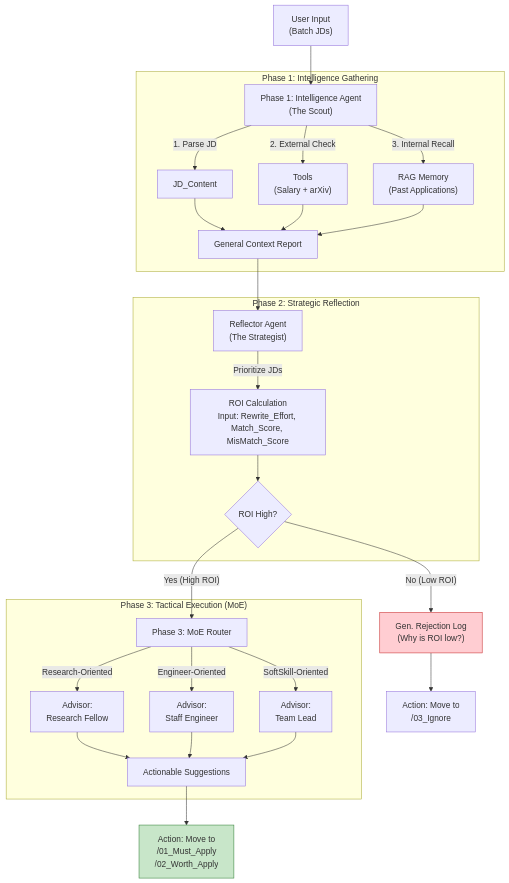
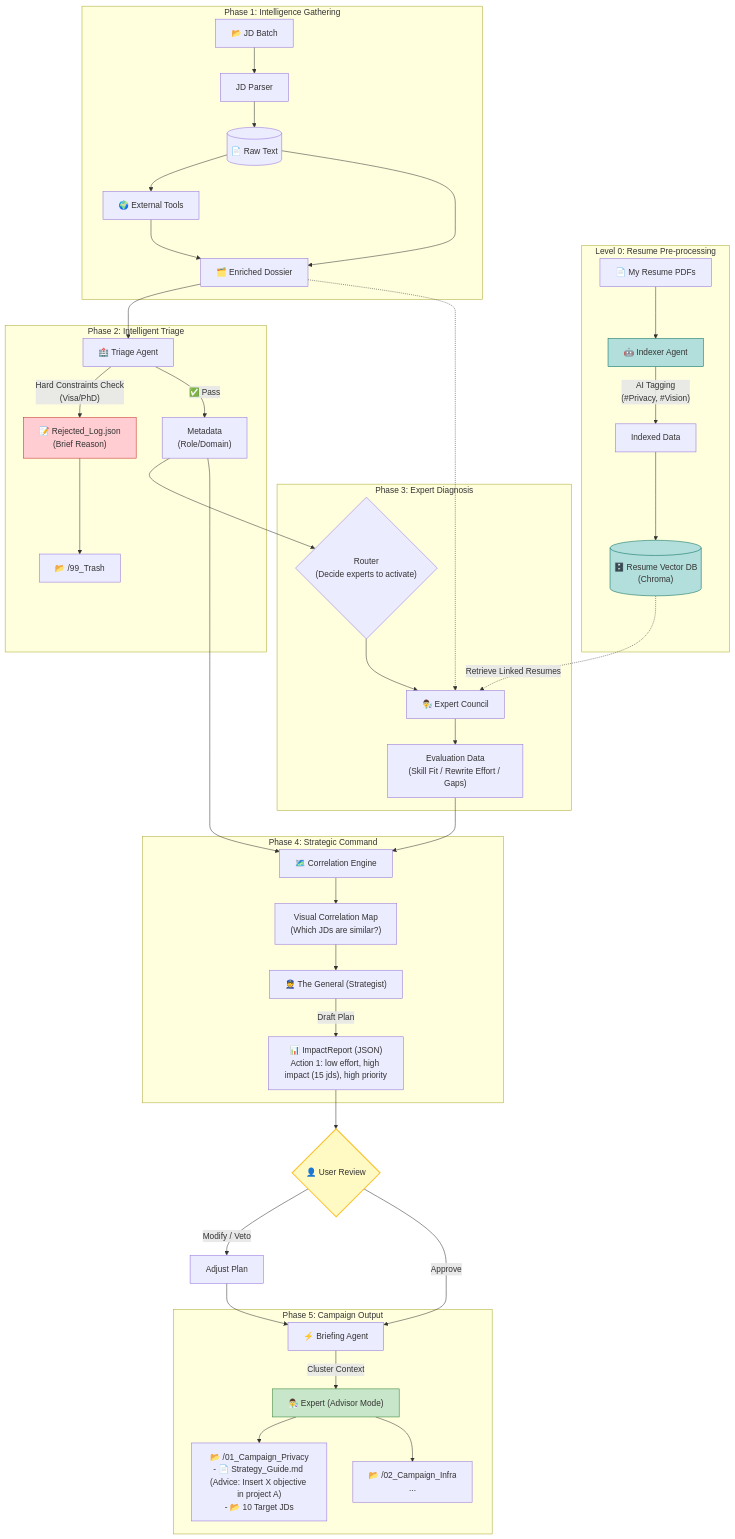
One commit to WangWeiCheng-TJ/Agentic-Career-Orchestrator changed the diagram in README.md. Above: the diagram before and after it, drawn with Mermaid. The commit also changed other lines of this file and 1 other file, not shown here.

Commit message:
update: revise README to reflect project status change to V2.1, enhance motivation section for clarity, and detail system evolution to a decentralized Multi-Agent Architecture for improved job hunting strategy

````diff
--- a/README.md
+++ b/README.md
@@ -61,42 +55,92 @@
 ```mermaid
 graph TD
-    User["User Input<br/>(Batch JDs)"] --> Scouter["Phase 1: Intelligence Agent<br/>(The Scout)"]
-
-    %% Phase 1: 盡職調查 (先查再說)
+   %% ==========================================
+    %% LEVEL 0: 履歷軍火庫 (The Arsenal)
+    %% 這是獨立運作的預處理流程
+    %% ==========================================
+    subgraph "Level 0: Resume Pre-processing"
+        ResPDFs["📄 My Resume PDFs"] --> Indexer["🤖 Indexer Agent"]
+        
+        Indexer -->|"AI Tagging<br/>(#Privacy, #Vision)"| DB_Entry["Indexed Data"]
+        DB_Entry --> ResumeDB[("🗄️ Resume Vector DB<br/>(Chroma)")]
+    end
+    
+    %% ==========================================
+    %% Phase 1: 戰場情報 (Intelligence)
+    %% ==========================================
     subgraph "Phase 1: Intelligence Gathering"
-        Scouter -->|"1. Parse JD"| JD_Content
-        Scouter -->|"2. External Check"| Tools["Tools<br/>(Salary + arXiv)"]
-        Scouter -->|"3. Internal Recall"| RAG["RAG Memory<br/>(Past Applications)"]
+        JDs["📂 JD Batch"] --> Parser["JD Parser"]
+        Parser --> RawText[("📄 Raw Text")]
+        RawText --> Tools["🌍 External Tools"]
         
-        JD_Content & Tools & RAG --> Context["General Context Report"]
+        RawText & Tools --> Dossier["🗂️ Enriched Dossier"]
     end
 
-    %% Phase 2: 反思與 ROI (大腦核心)
-    subgraph "Phase 2: Strategic Reflection"
-        Context --> Reflector["Reflector Agent<br/>(The Strategist)"]
-        Reflector -->|"Prioritize JDs"| Logic["ROI Calculation<br>Input: Rewrite_Effort, Match_Score, MisMatch_Score"]
+    %% ==========================================
+    %% Phase 2: 檢傷分類 (Triage)
+    %% ==========================================
+    subgraph "Phase 2: Intelligent Triage"
+        Dossier --> Triage["🏥 Triage Agent"]
         
-        Logic --> Decision{ROI High?}
+        Triage -- "Hard Constraints Check<br/>(Visa/PhD)" --> RejectLog["📝 Rejected_Log.json<br/>(Brief Reason)"]
+        RejectLog --> Bin["📂 /99_Trash"]
+        
+        Triage -- "✅ Pass" --> Metadata["Metadata<br/>(Role/Domain)"]
     end
 
-    %% 分流：低分 -> 解釋原因 -> 歸檔
-    Decision -- "No (Low ROI)" --> LogReject["Gen. Rejection Log<br/>(Why is ROI low?)"]
-    LogReject --> FolderLow["Action: Move to<br/>/03_Ignore"]
-
-    %% 分流：高分 -> MoE 改寫 -> 歸檔
-    Decision -- "Yes (High ROI)" --> MoE_Router["Phase 3: MoE Router"]
-
-    %% Phase 3: 執行改寫 (只針對值得的 JD)
-    subgraph "Phase 3: Tactical Execution (MoE)"
-        MoE_Router -->|"Research-Oriented"| Exp_Res["Advisor:<br>Research Fellow"]
-        MoE_Router -->|"Engineer-Oriented"| Exp_Eng["Advisor:<br>Staff Engineer"]
-        MoE_Router -->|"SoftSkill-Oriented"| Exp_Soft["Advisor:<br>Team Lead"]
+    %% ==========================================
+    %% Phase 3: 專家診斷 (Diagnosis)
+    %% ==========================================
+    subgraph "Phase 3: Expert Diagnosis"
+        Metadata --> Router{"Router<br/>(Decide experts to activate)"}
         
-        Exp_Res & Exp_Eng & Exp_Soft --> Assembler["Actionable Suggestions"]
+        Router --> ExpertLayer["👨‍🔬 Expert Council"]
+        
+        %% 連線：專家同時參考 完整檔案 + 履歷庫
+        Dossier -.-> ExpertLayer
+        ResumeDB -.->|"Retrieve Linked Resumes"| ExpertLayer
+        
+        ExpertLayer --> Eval["Evaluation Data<br/>(Skill Fit / Rewrite Effort / Gaps)"]
     end
 
-    Assembler --> FinalAction["Action: Move to<br/>/01_Must_Apply<br/>/02_Worth_Apply"]
+    %% =======================
+    %% Phase 4: 戰略地圖 (The War Room)
+    %% 這裡是最大的改變：先畫圖，再決策
+    %% =======================
+    subgraph "Phase 4: Strategic Command"
+        Eval & Metadata --> MapEngine["🗺️ Correlation Engine"]
+        
+        MapEngine --> VisualMap["Visual Correlation Map<br/>(Which JDs are similar?)"]
+        
+        VisualMap --> TheGeneral["👮 The General (Strategist)"]
+        
+        TheGeneral -->|"Draft Plan"| BattlePlan["📊 ImpactReport (JSON)<br/>Action 1: low effort, high impact (15 jds), high priority"]
+    end
 
-    style LogReject fill:#ffcdd2,stroke:#c62828
-    style FinalAction fill:#c8e6c9,stroke:#2e7d32
+    %% ==========================================
+    %% Human Loop (人類介入)
+    %% ==========================================
+    BattlePlan --> UserCheck{"👤 User Review"}
+    
+    UserCheck -- "Modify / Veto" --> Refine["Adjust Plan"]
+    Refine --> BriefingAgent
+    
+    UserCheck -- "Approve" --> BriefingAgent["⚡ Briefing Agent"]
+
+    %% ==========================================
+    %% Phase 5: 戰術執行 (Execution)
+    %% ==========================================
+    subgraph "Phase 5: Campaign Output"
+        BriefingAgent -->|"Cluster Context"| Advisor["👨‍🔬 Expert (Advisor Mode)"]
+        
+        Advisor --> OutputA["📂 /01_Campaign_Privacy<br/>- 📄 Strategy_Guide.md (Advice: Insert X objective in project A)<br/>- 📂 10 Target JDs"]
+        Advisor --> OutputB["📂 /02_Campaign_Infra<br/>..."]
+    end
+
+    %% Styling
+    style Indexer fill:#b2dfdb,stroke:#00695c
+    style ResumeDB fill:#b2dfdb,stroke:#00695c
+    style RejectLog fill:#ffcdd2,stroke:#c62828
+    style UserCheck fill:#fff9c4,stroke:#fbc02d,stroke-width:2px
+    style Advisor fill:#c8e6c9,stroke:#2e7d32
 ```
````
